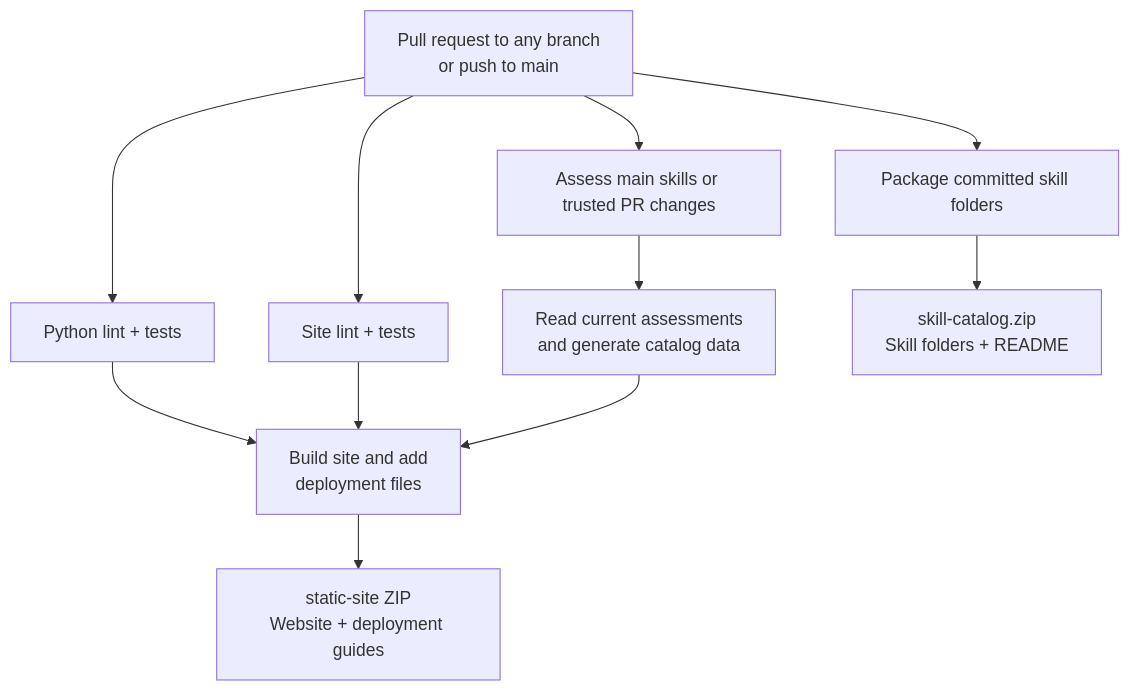
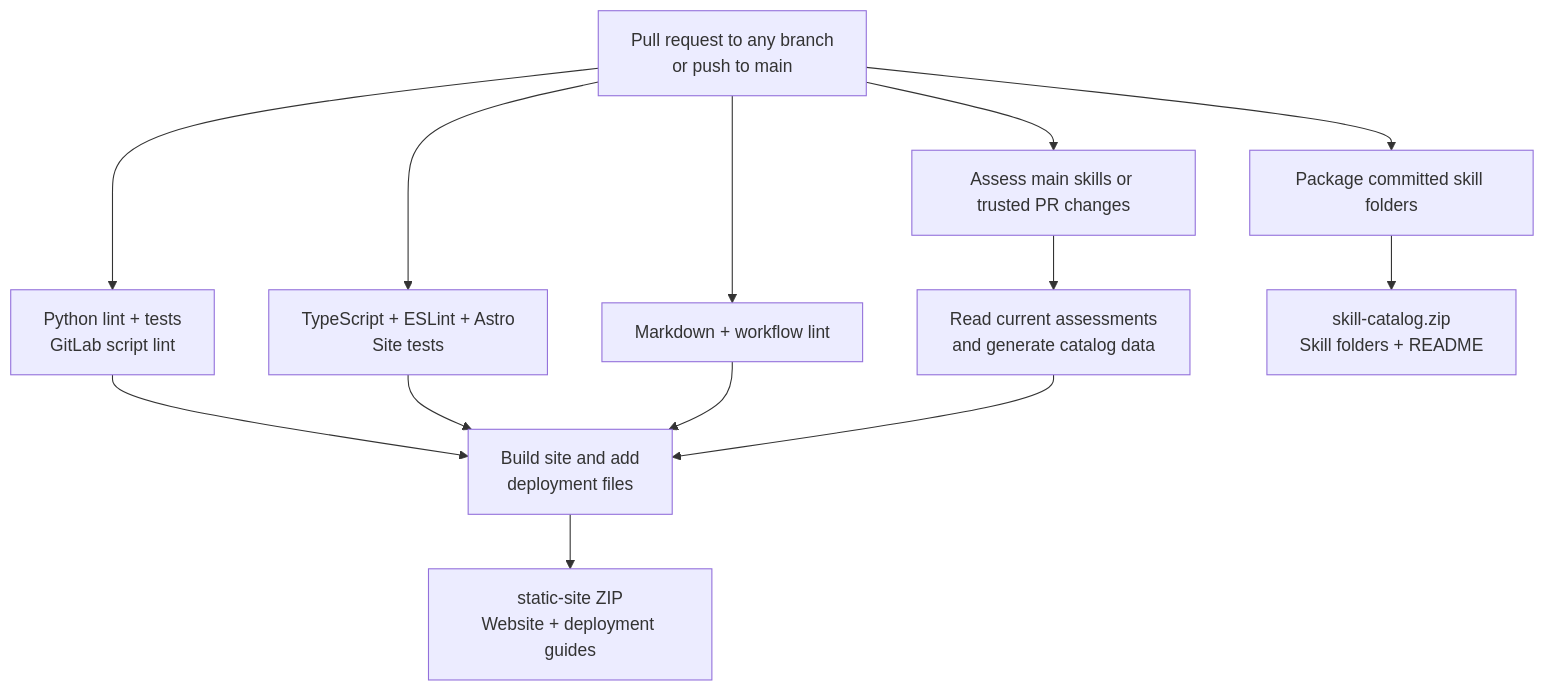
The first of 2 diagrams in CI.md (Code-dot-mil/SkLC), drawn with Mermaid before and after one commit. The commit also changed other lines of this file and 51 other files, not shown here.

````diff
--- a/CI.md
+++ b/CI.md
@@ -17,14 +12,16 @@
 ```mermaid
 flowchart TD
     A["Pull request to any branch<br/>or push to main"]
-    A --> P["Python lint + tests"]
-    A --> S["Site lint + tests"]
+    A --> P["Python lint + tests<br/>GitLab script lint"]
+    A --> S["TypeScript + ESLint + Astro<br/>Site tests"]
+    A --> L["Markdown + workflow lint"]
     A --> Q["Assess main skills or trusted PR changes"]
     Q --> E["Read current assessments<br/>and generate catalog data"]
     A --> C["Package committed skill folders"]
     P --> B["Build site and add<br/>deployment files"]
     S --> B
+    L --> B
     E --> B
     B --> W["static-site ZIP<br/>Website + deployment guides"]
     C --> Z["skill-catalog.zip<br/>Skill folders + README"]
 ```
````
